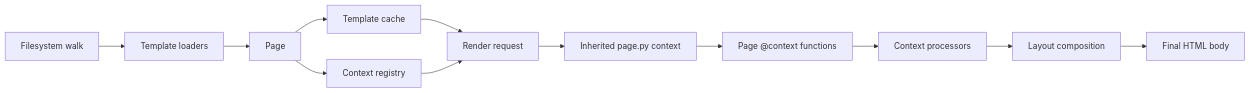
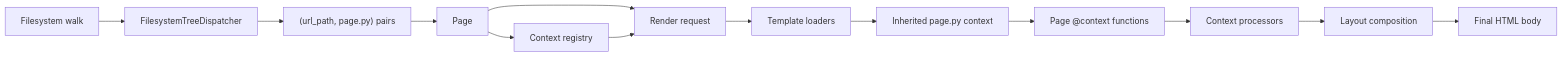
The diagram in docs/content/internals/page-discovery.rst (next-dj/next-dj), drawn with Mermaid before and after one commit. The commit also changed 70 other files, not shown here.

```diff
--- a/docs/content/internals/page-discovery.rst
+++ b/docs/content/internals/page-discovery.rst
@@ -21,14 +21,15 @@
 .. mermaid::
 
    flowchart LR
-       Walk[Filesystem walk] --> Loaders[Template loaders]
-       Loaders --> Manager[Page]
-       Manager --> TemplateCache[Template cache]
+       Walk[Filesystem walk] --> Dispatcher[FilesystemTreeDispatcher]
+       Dispatcher --> Pairs["(url_path, page.py) pairs"]
+       Pairs --> Manager[Page]
        Manager --> ContextReg[Context registry]
-       TemplateCache --> Render[Render request]
-       ContextReg --> Render
-       Render --> InheritedCtx[Inherited page.py context]
+       Manager --> RenderReq[Render request]
+       ContextReg --> RenderReq
+       RenderReq --> Loaders[Template loaders]
+       Loaders --> InheritedCtx[Inherited page.py context]
        InheritedCtx --> PageCtx[Page @context functions]
        PageCtx --> Processors[Context processors]
        Processors --> LayoutCompose[Layout composition]
        LayoutCompose --> Output[Final HTML body]
```
